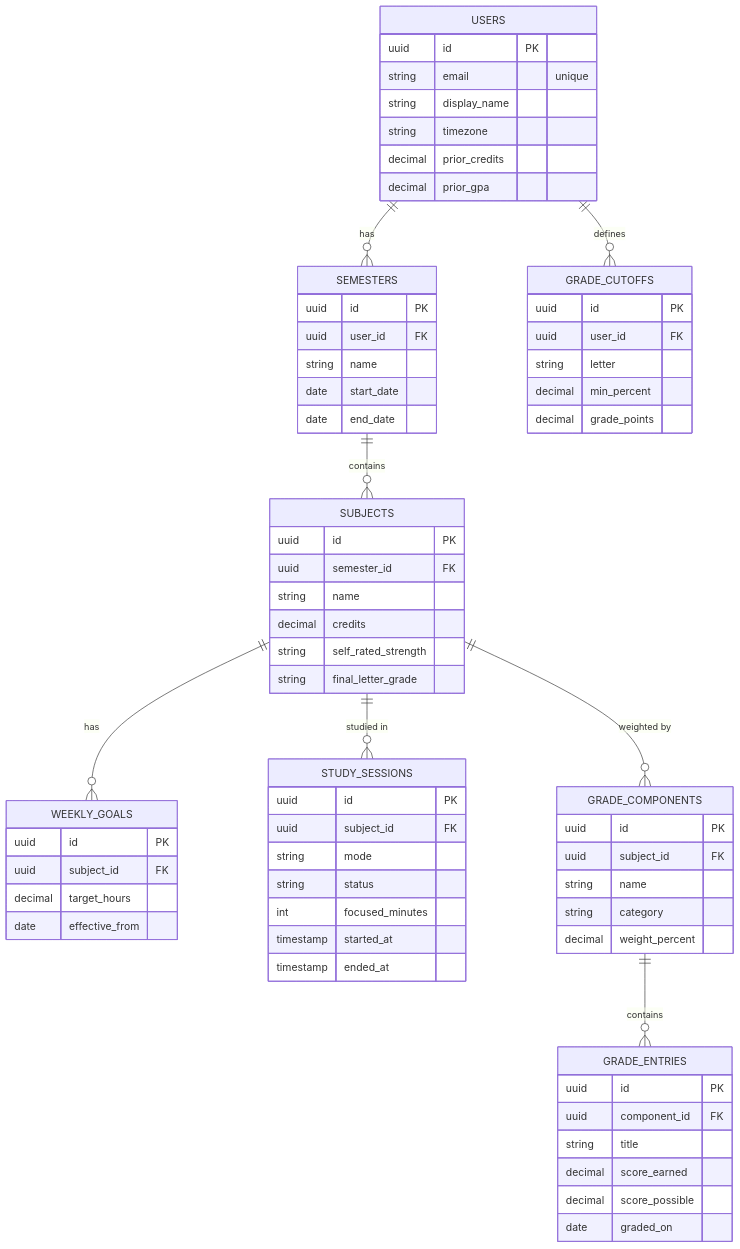
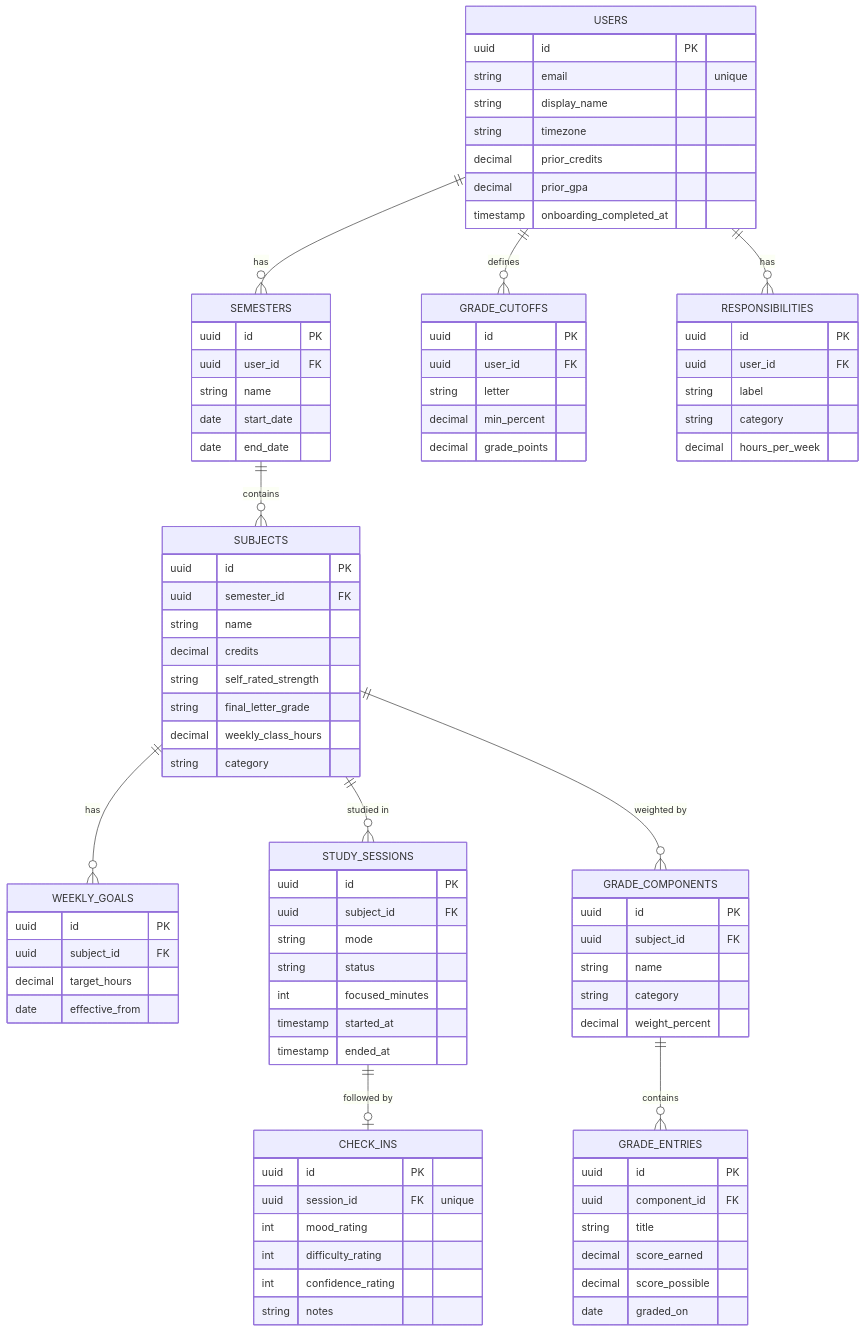
Before and after one commit to fndou05/focus-dashboard: the diagram in README.md, drawn with Mermaid. The commit also changed other lines of this file and 1 other file, not shown here.

Commit message:
docs: update README and decisions for free time and check-ins

```diff
--- a/README.md
+++ b/README.md
@@ -37,6 +41,8 @@
   SUBJECTS ||--o{ STUDY_SESSIONS : "studied in"
   SUBJECTS ||--o{ GRADE_COMPONENTS : "weighted by"
   GRADE_COMPONENTS ||--o{ GRADE_ENTRIES : contains
+  USERS ||--o{ RESPONSIBILITIES : has
+  STUDY_SESSIONS ||--o| CHECK_INS : "followed by"
 
   USERS {
     uuid id PK
@@ -45,6 +51,7 @@
     string timezone
     decimal prior_credits
     decimal prior_gpa
+    timestamp onboarding_completed_at
   }
   SEMESTERS {
     uuid id PK
@@ -60,6 +67,8 @@
     decimal credits
     string self_rated_strength
     string final_letter_grade
+    decimal weekly_class_hours
+    string category
   }
   WEEKLY_GOALS {
     uuid id PK
@@ -91,6 +100,21 @@
     decimal score_possible
     date graded_on
   }
+  RESPONSIBILITIES {
+    uuid id PK
+    uuid user_id FK
+    string label
+    string category
+    decimal hours_per_week
+  }
+  CHECK_INS {
+    uuid id PK
+    uuid session_id FK "unique"
+    int mood_rating
+    int difficulty_rating
+    int confidence_rating
+    string notes
+  }
   GRADE_CUTOFFS {
     uuid id PK
     uuid user_id FK
```
